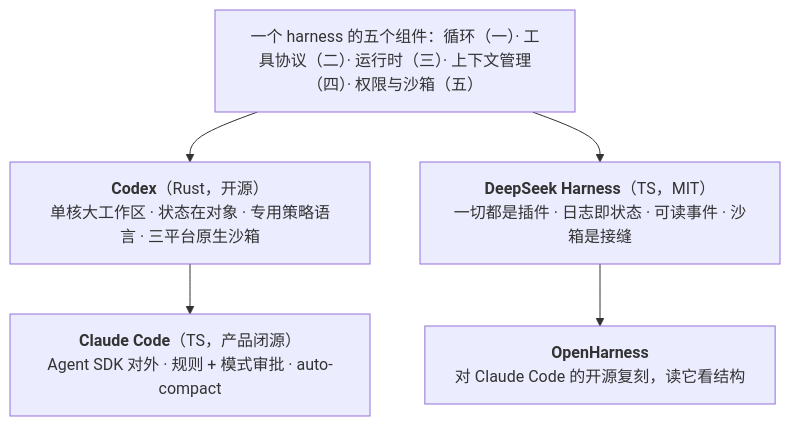
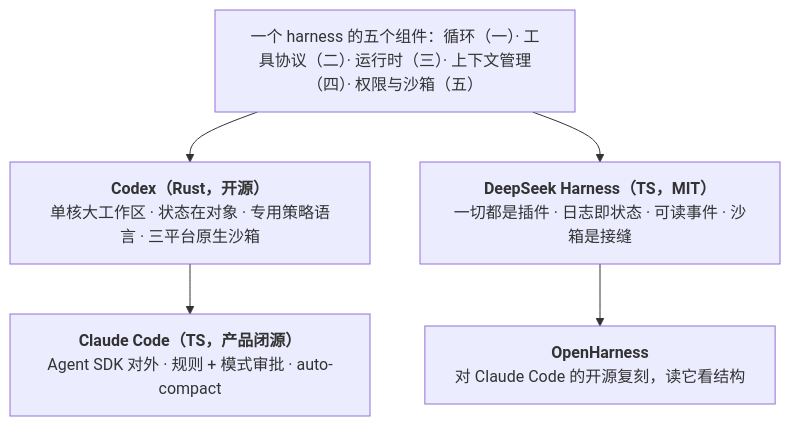
The first of 4 diagrams in _posts/2026-10-26-coding-agent-harness-comparison-codex-deepseek-harness-claude-code.md (arganzheng/arganzheng.github.com), drawn with Mermaid before and after one commit.

Commit message:
Agent 与 Harness（06）三个 harness 的源码级对照：Mermaid 方框标题的括注移进 </b>，标题样式才生效
写成 `<b>标题</b>（第七章）<br/>` 时 `nodeTitles()` 的 TITLE_RE 不匹配（它要求
`</b>` 紧跟 `<br/>`），整行按正文渲染；而且那一行读起来是「标题（第七章）」，
却只有括号前是粗体。

````diff
--- a/_posts/2026-10-26-coding-agent-harness-comparison-codex-deepseek-harness-claude-code.md
+++ b/_posts/2026-10-26-coding-agent-harness-comparison-codex-deepseek-harness-claude-code.md
@@ -22,11 +22,11 @@
 ```mermaid
 %%{init: {"flowchart": {"wrappingWidth": 300}}}%%
 %% 图：四个 harness 与 harness 的五个组件
 flowchart TB
     H["一个 harness 的五个组件：循环（一）· 工具协议（二）· 运行时（三）· 上下文管理（四）· 权限与沙箱（五）"]
-    H --> C1["<b>Codex</b>（Rust，开源）<br/>单核大工作区 · 状态在对象 · 专用策略语言 · 三平台原生沙箱"]
-    H --> C2["<b>DeepSeek Harness</b>（TS，MIT）<br/>一切都是插件 · 日志即状态 · 可读事件 · 沙箱是接缝"]
-    C1 --> C3["<b>Claude Code</b>（TS，产品闭源）<br/>Agent SDK 对外 · 规则 + 模式审批 · auto-compact"]
+    H --> C1["<b>Codex（Rust，开源）</b><br/>单核大工作区 · 状态在对象 · 专用策略语言 · 三平台原生沙箱"]
+    H --> C2["<b>DeepSeek Harness（TS，MIT）</b><br/>一切都是插件 · 日志即状态 · 可读事件 · 沙箱是接缝"]
+    C1 --> C3["<b>Claude Code（TS，产品闭源）</b><br/>Agent SDK 对外 · 规则 + 模式审批 · auto-compact"]
     C2 --> C4["<b>OpenHarness</b><br/>对 Claude Code 的开源复刻，读它看结构"]
 
 ```
````
